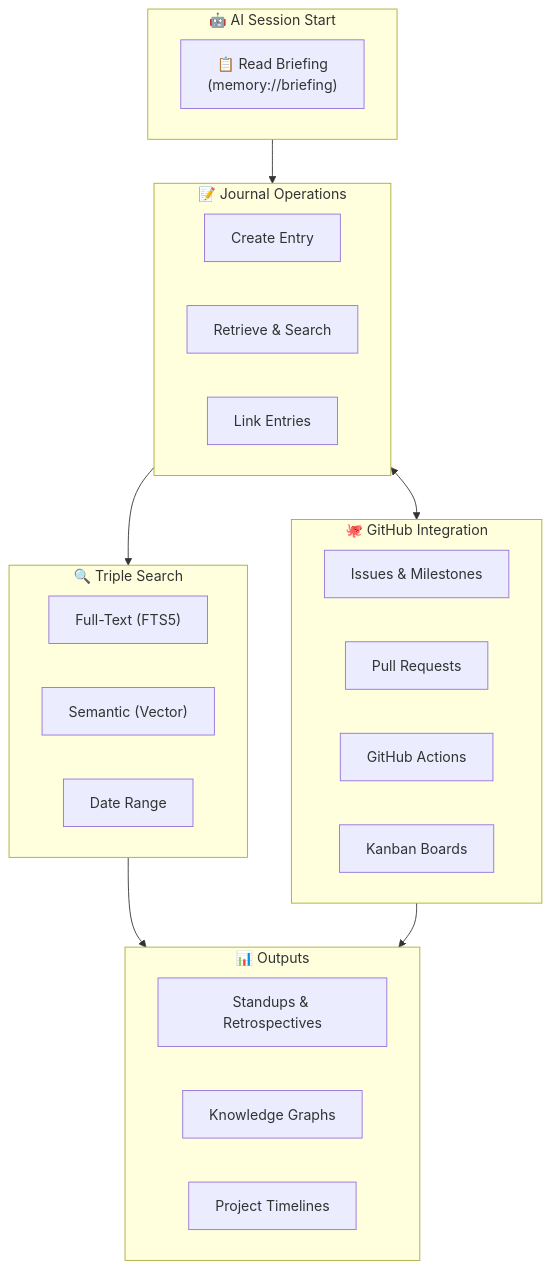
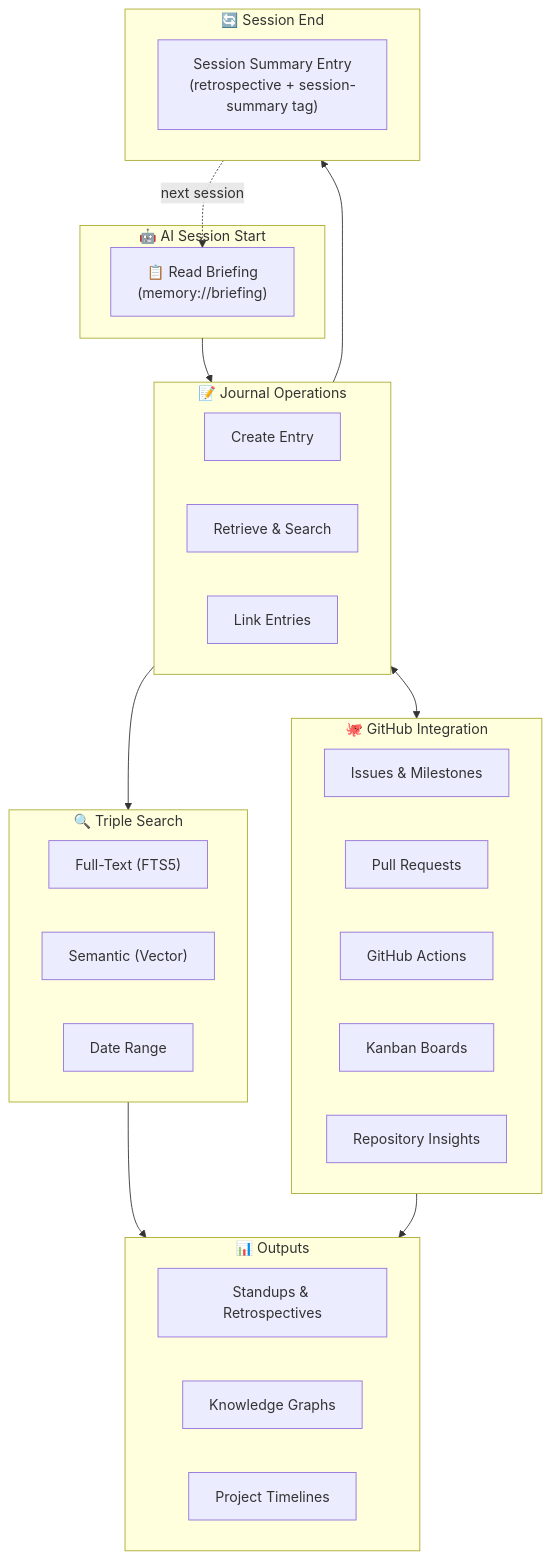
The first of 2 diagrams in README.md (neverinfamous/memory-journal-mcp), drawn with Mermaid before and after one commit. The commit also changed other lines of this file and 42 other files, not shown here.

````diff
--- a/README.md
+++ b/README.md
@@ -39,37 +43,44 @@
 ```mermaid
 flowchart TB
     subgraph Session["🤖 AI Session Start"]
         Briefing["📋 Read Briefing<br/>(memory://briefing)"]
     end
 
     subgraph Core["📝 Journal Operations"]
         Create["Create Entry"]
         Retrieve["Retrieve & Search"]
         Link["Link Entries"]
     end
 
     subgraph Search["🔍 Triple Search"]
         FTS["Full-Text (FTS5)"]
         Semantic["Semantic (Vector)"]
         DateRange["Date Range"]
     end
 
     subgraph GitHub["🐙 GitHub Integration"]
         Issues["Issues & Milestones"]
         PRs["Pull Requests"]
         Actions["GitHub Actions"]
         Kanban["Kanban Boards"]
+        Insights["Repository Insights"]
     end
 
     subgraph Outputs["📊 Outputs"]
         Reports["Standups & Retrospectives"]
         Graphs["Knowledge Graphs"]
         Timeline["Project Timelines"]
     end
 
+    subgraph SessionEnd["🔄 Session End"]
+        Summary["Session Summary Entry<br/>(retrospective + session-summary tag)"]
+    end
+
     Session --> Core
     Core --> Search
     Core <--> GitHub
     Search --> Outputs
     GitHub --> Outputs
+    Core --> SessionEnd
+    SessionEnd -.->|"next session"| Briefing
 ```
````
